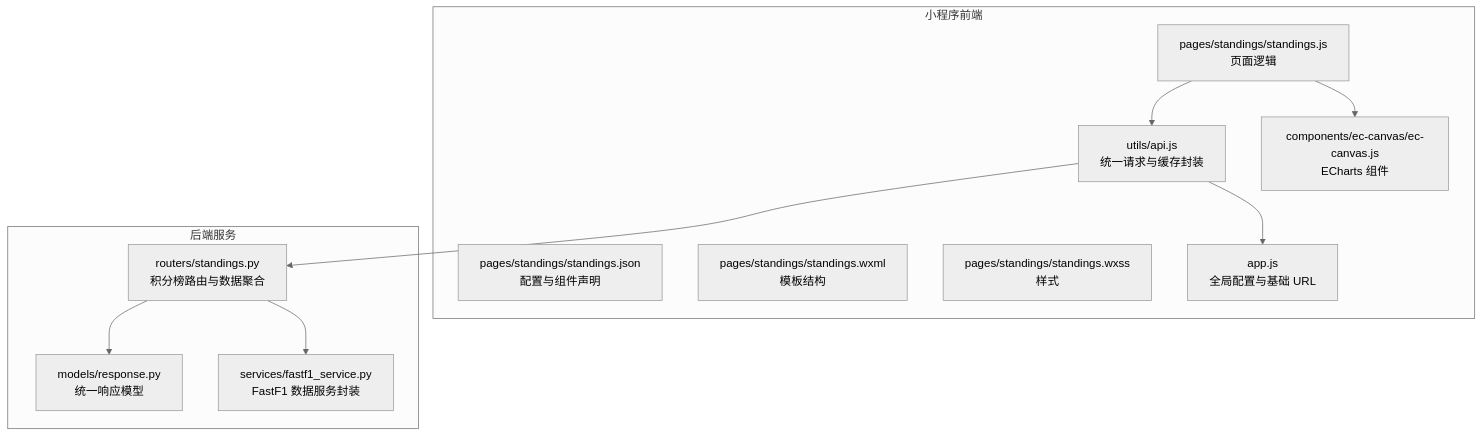
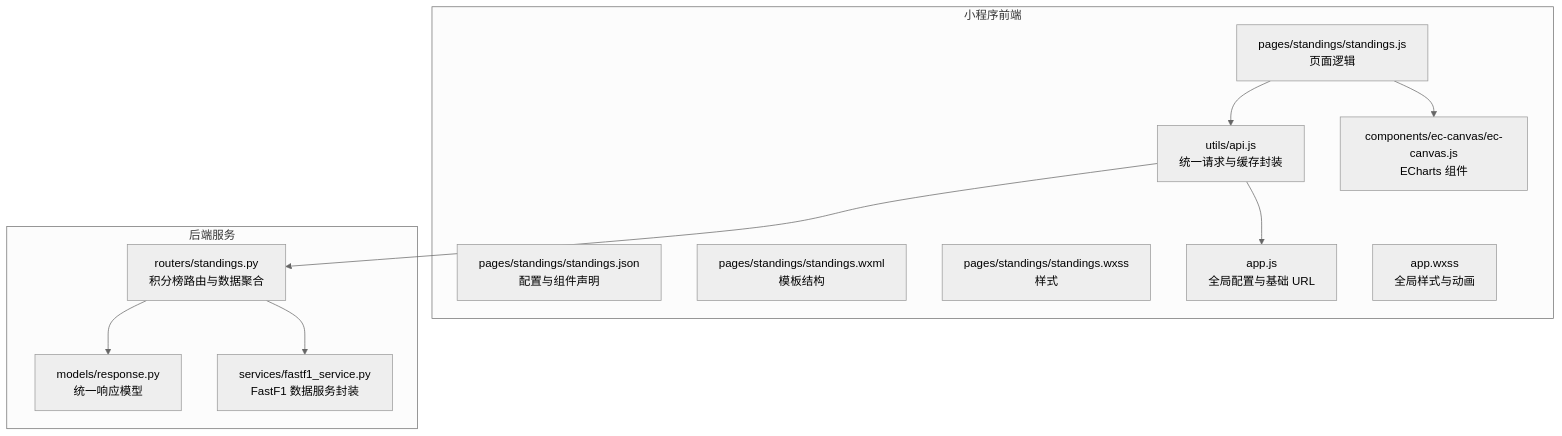
Before and after one commit to jianai0330/Fast-F1: the first of 10 diagrams in .qoder/repowiki/zh/content/微信小程序前端/核心页面功能/积分榜页面.md, drawn with Mermaid (neutral theme). The commit also changed other lines of this file and 22 other files, not shown here.

````diff
--- a/.qoder/repowiki/zh/content/微信小程序前端/核心页面功能/积分榜页面.md
+++ b/.qoder/repowiki/zh/content/微信小程序前端/核心页面功能/积分榜页面.md
@@ -45,23 +46,24 @@
 ```mermaid
 graph TB
 subgraph "小程序前端"
 A["pages/standings/standings.js<br/>页面逻辑"]
 B["pages/standings/standings.json<br/>配置与组件声明"]
 C["pages/standings/standings.wxml<br/>模板结构"]
 D["pages/standings/standings.wxss<br/>样式"]
 E["utils/api.js<br/>统一请求与缓存封装"]
 F["components/ec-canvas/ec-canvas.js<br/>ECharts 组件"]
 G["app.js<br/>全局配置与基础 URL"]
+H["app.wxss<br/>全局样式与动画"]
 end
 subgraph "后端服务"
-H["routers/standings.py<br/>积分榜路由与数据聚合"]
-I["models/response.py<br/>统一响应模型"]
-J["services/fastf1_service.py<br/>FastF1 数据服务封装"]
+I["routers/standings.py<br/>积分榜路由与数据聚合"]
+J["models/response.py<br/>统一响应模型"]
+K["services/fastf1_service.py<br/>FastF1 数据服务封装"]
 end
 A --> E
 A --> F
 E --> G
-E --> H
-H --> I
-H --> J
+E --> I
+I --> J
+I --> K
 ```
````
